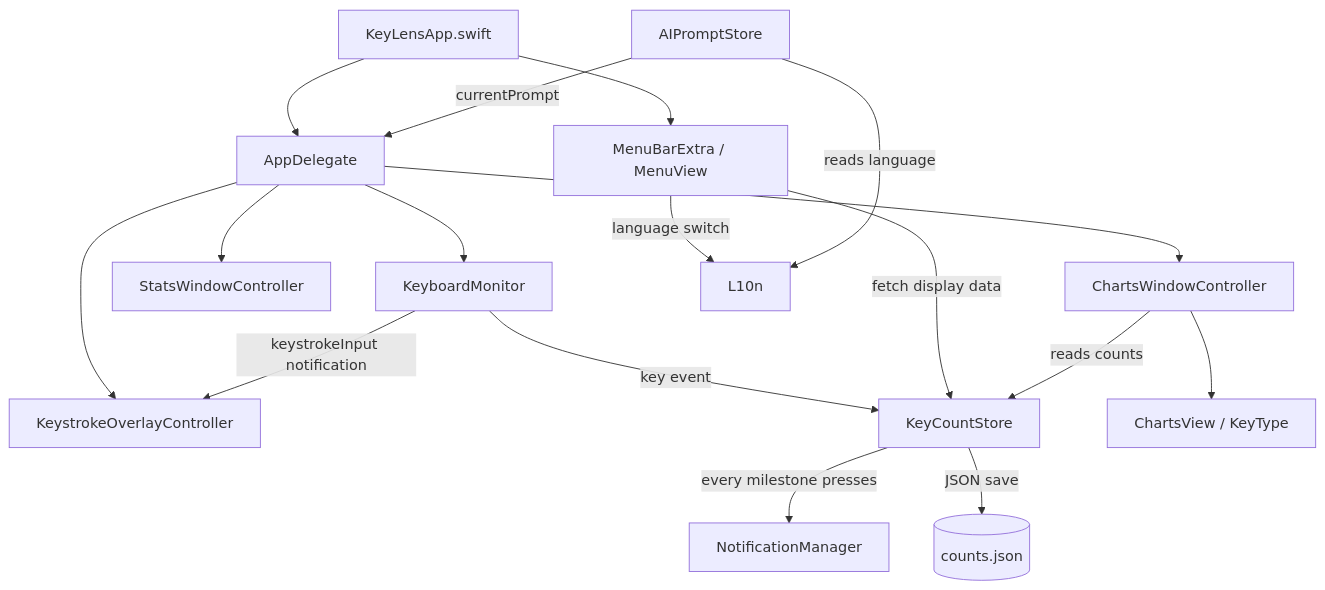
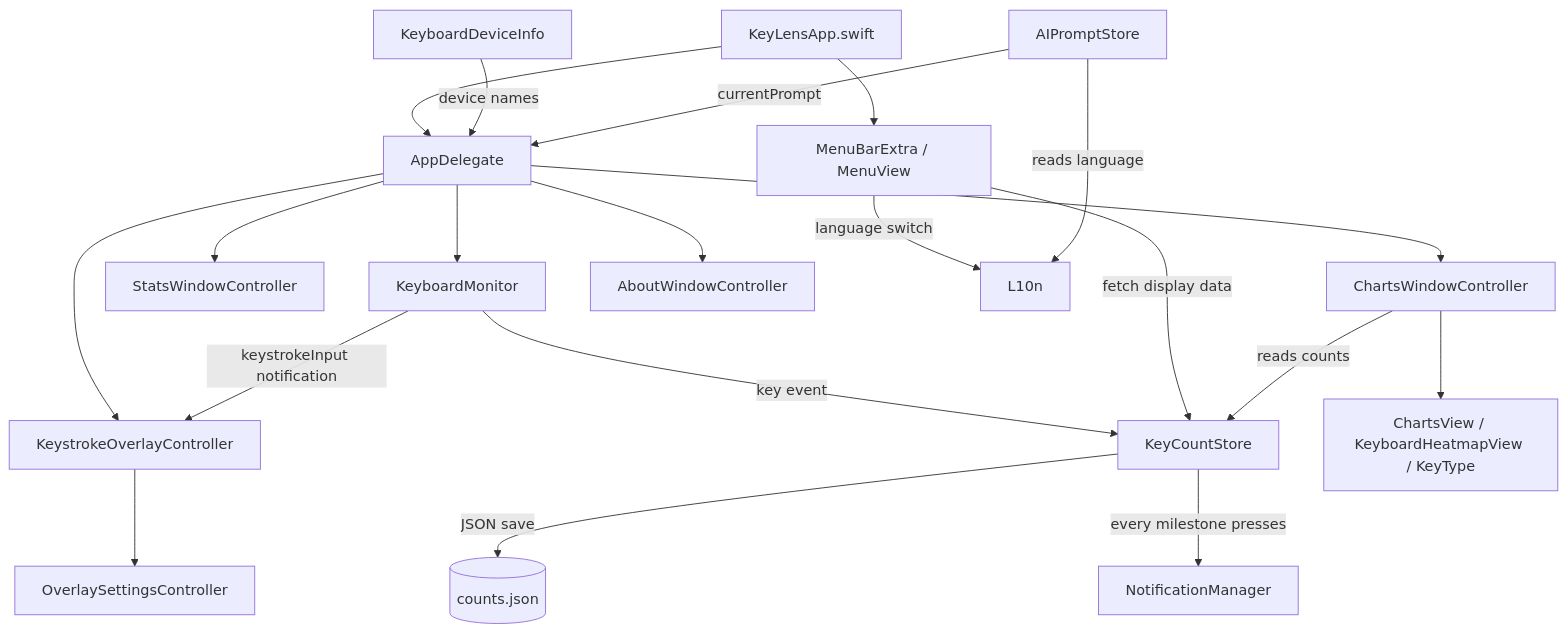
One commit to etalli/262_KeyLens changed the diagram in docs/Architecture.md. Above: the diagram before and after it, drawn with Mermaid. The commit also changed other lines of this file and 1 other file, not shown here.

First line of the commit message:
docs: update Architecture.md with missing components and add AI prompt usage example to README

````diff
--- a/docs/Architecture.md
+++ b/docs/Architecture.md
@@ -9,19 +9,22 @@
 ```mermaid
 graph TD
     A[KeyLensApp.swift] --> B[AppDelegate]
     A --> V[MenuBarExtra / MenuView]
     B --> C[KeyboardMonitor]
     B --> I[StatsWindowController]
     B --> J[ChartsWindowController]
     B --> K[KeystrokeOverlayController]
+    B --> N[AboutWindowController]
+    K --> O[OverlaySettingsController]
+    P[KeyboardDeviceInfo] -->|device names| B
     C -->|key event| E[KeyCountStore]
     C -->|keystrokeInput notification| K
     E -->|every milestone presses| F[NotificationManager]
     E -->|JSON save| G[(counts.json)]
     V -->|fetch display data| E
     V -->|language switch| H[L10n]
     J -->|reads counts| E
-    J --> L[ChartsView / KeyType]
+    J --> L[ChartsView / KeyboardHeatmapView / KeyType]
     M[AIPromptStore] -->|currentPrompt| B
     M -->|reads language| H
 ```
````
